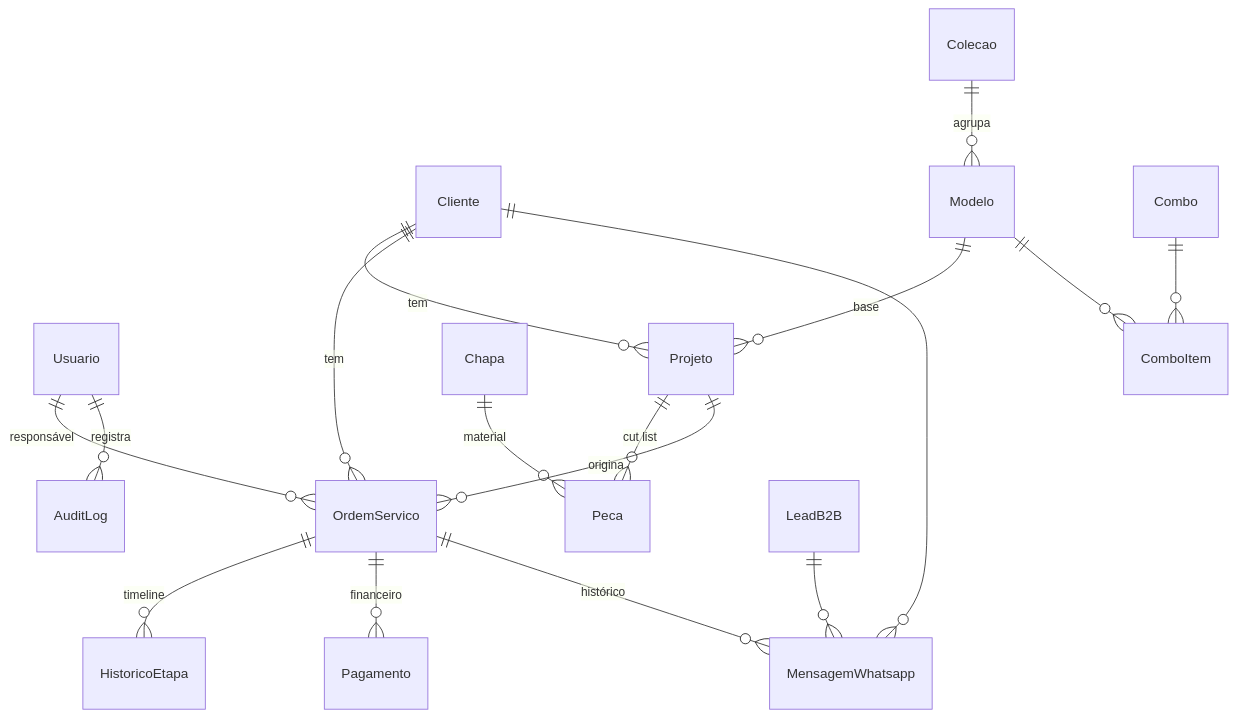
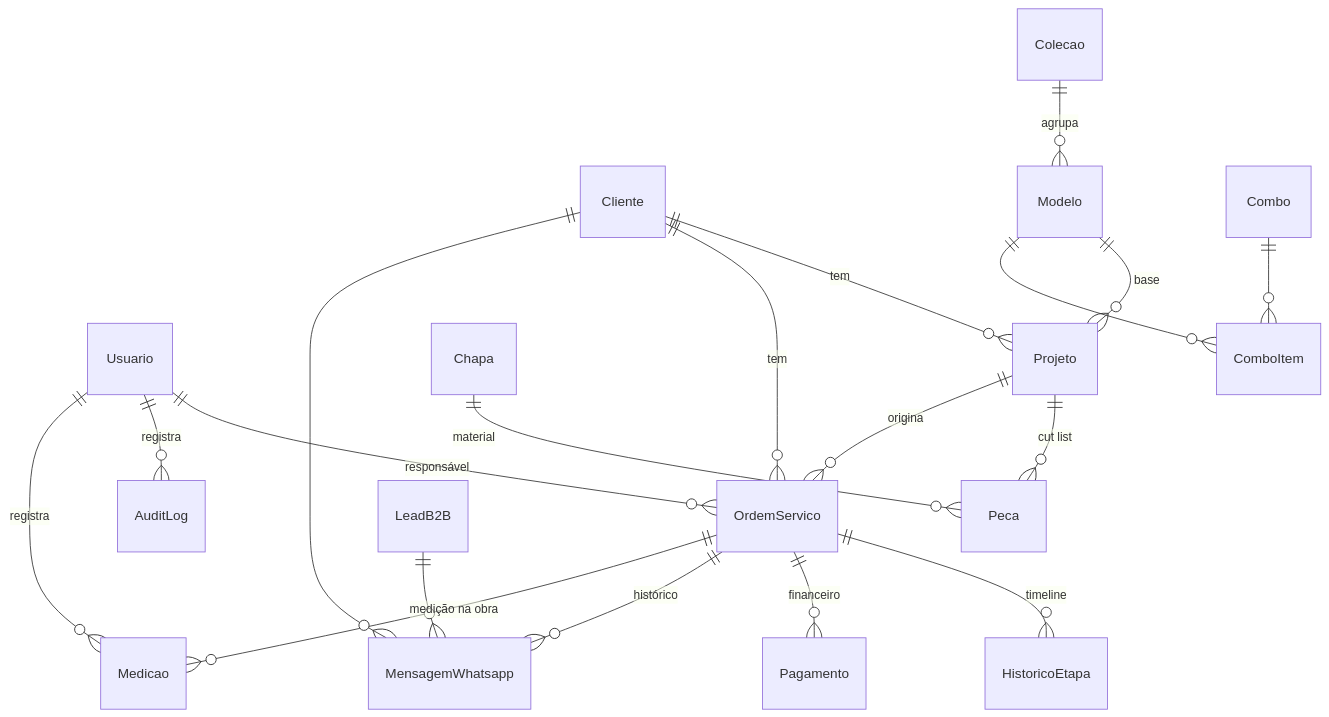
The second of 2 diagrams in docs/arquitetura.md (ThiagoMontenegro93/MarmorariaeMarcenaria-Arquijo), drawn with Mermaid before and after one commit. The commit also changed other lines of this file and 1 other file, not shown here.

````diff
--- a/docs/arquitetura.md
+++ b/docs/arquitetura.md
@@ -147,19 +161,21 @@
 ```mermaid
 erDiagram
   Usuario ||--o{ OrdemServico : "responsável"
   Usuario ||--o{ AuditLog : registra
   Cliente ||--o{ Projeto : tem
   Cliente ||--o{ OrdemServico : tem
   Projeto ||--o{ Peca : "cut list"
   Chapa ||--o{ Peca : material
   Projeto ||--o{ OrdemServico : origina
   Modelo ||--o{ Projeto : base
   OrdemServico ||--o{ HistoricoEtapa : timeline
   OrdemServico ||--o{ Pagamento : financeiro
   OrdemServico ||--o{ MensagemWhatsapp : histórico
+  OrdemServico ||--o{ Medicao : "medição na obra"
+  Usuario ||--o{ Medicao : registra
   Cliente ||--o{ MensagemWhatsapp : ""
   LeadB2B ||--o{ MensagemWhatsapp : ""
   Colecao ||--o{ Modelo : agrupa
   Combo ||--o{ ComboItem : ""
   Modelo ||--o{ ComboItem : ""
 ```
````
